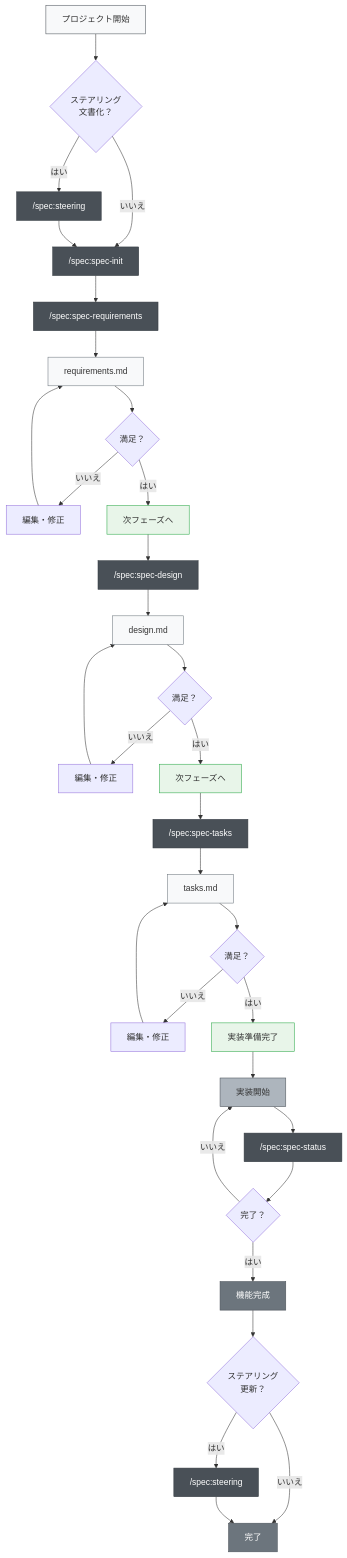
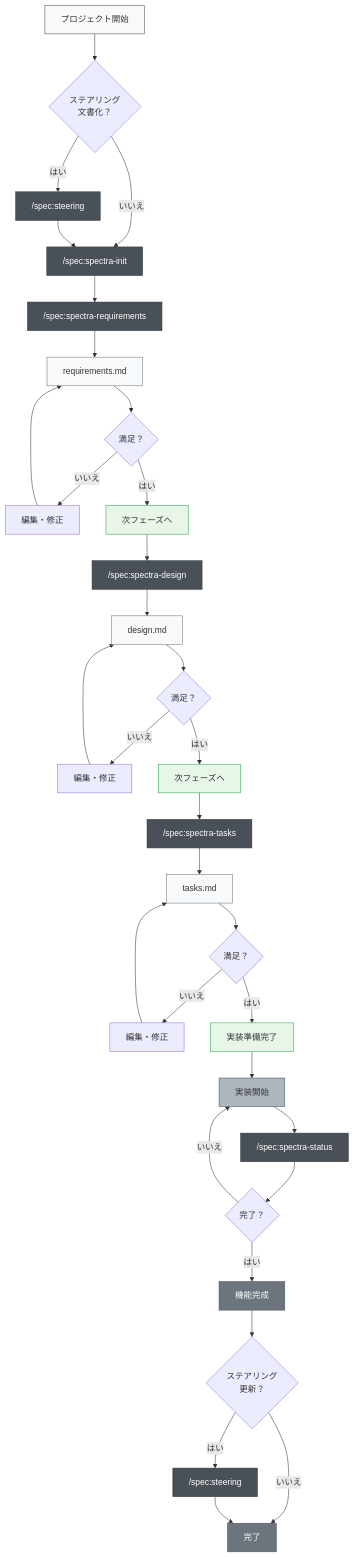
Before and after one commit to nekolife1984/spectra: the first of 2 diagrams in docs/README/README_ja.md, drawn with Mermaid. The commit also changed other lines of this file and 658 other files, not shown here.

First line of the commit message:
Rename spec prefix → spectra

````diff
--- a/docs/README/README_ja.md
+++ b/docs/README/README_ja.md
@@ -142,58 +142,58 @@
 ```mermaid
 graph TD
     A["プロジェクト開始"] --> B{"ステアリング<br/>文書化？"}
     B -->|はい| C["/spec:steering"]
-    B -->|いいえ| D["/spec:spec-init"]
+    B -->|いいえ| D["/spec:spectra-init"]
     C --> D
     
-    D --> E["/spec:spec-requirements"]
+    D --> E["/spec:spectra-requirements"]
     E --> F["requirements.md"]
     F --> G{"満足？"}
     G -->|いいえ| G1["編集・修正"]
     G1 --> F
     G -->|はい| H["次フェーズへ"]
     
-    H --> I["/spec:spec-design"]
+    H --> I["/spec:spectra-design"]
     I --> J["design.md"]
     J --> K{"満足？"}
     K -->|いいえ| K1["編集・修正"]
     K1 --> J
     K -->|はい| L["次フェーズへ"]
     
-    L --> M["/spec:spec-tasks"]
+    L --> M["/spec:spectra-tasks"]
     M --> N["tasks.md"]
     N --> O{"満足？"}
     O -->|いいえ| O1["編集・修正"]
     O1 --> N
     O -->|はい| P["実装準備完了"]
     
     P --> Q["実装開始"]
-    Q --> R["/spec:spec-status"]
+    Q --> R["/spec:spectra-status"]
     R --> S{"完了？"}
     S -->|いいえ| Q
     S -->|はい| T["機能完成"]
     
     T --> U{"ステアリング<br/>更新？"}
     U -->|はい| V["/spec:steering"]
     U -->|いいえ| W["完了"]
     V --> W
     
     %% スタイル定義
     style A fill:#f8f9fa,stroke:#495057
     style C fill:#495057,stroke:#343a40,color:#ffffff
     style D fill:#495057,stroke:#343a40,color:#ffffff
     style E fill:#495057,stroke:#343a40,color:#ffffff
     style I fill:#495057,stroke:#343a40,color:#ffffff
     style M fill:#495057,stroke:#343a40,color:#ffffff
     style R fill:#495057,stroke:#343a40,color:#ffffff
     style V fill:#495057,stroke:#343a40,color:#ffffff
     style F fill:#f8f9fa,stroke:#6c757d
     style J fill:#f8f9fa,stroke:#6c757d
     style N fill:#f8f9fa,stroke:#6c757d
     style H fill:#e8f5e9,stroke:#28a745
     style L fill:#e8f5e9,stroke:#28a745
     style P fill:#e8f5e9,stroke:#28a745
     style Q fill:#adb5bd,stroke:#495057
     style T fill:#6c757d,stroke:#495057,color:#ffffff
     style W fill:#6c757d,stroke:#495057,color:#ffffff
 ```
````
